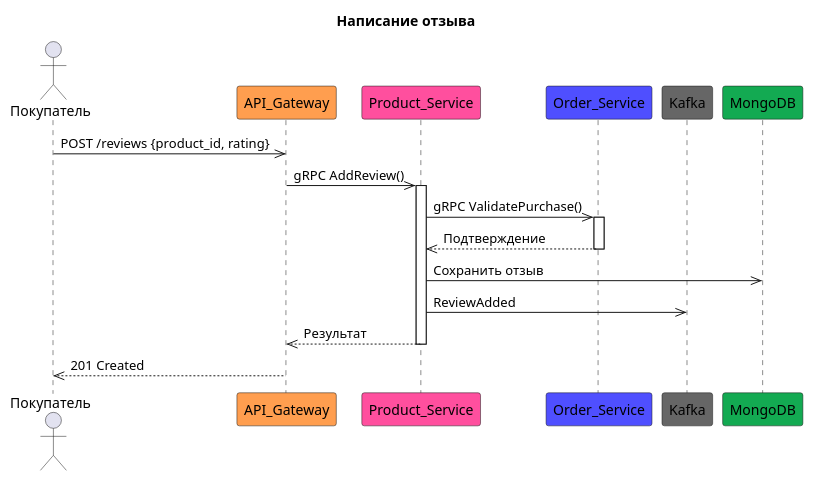
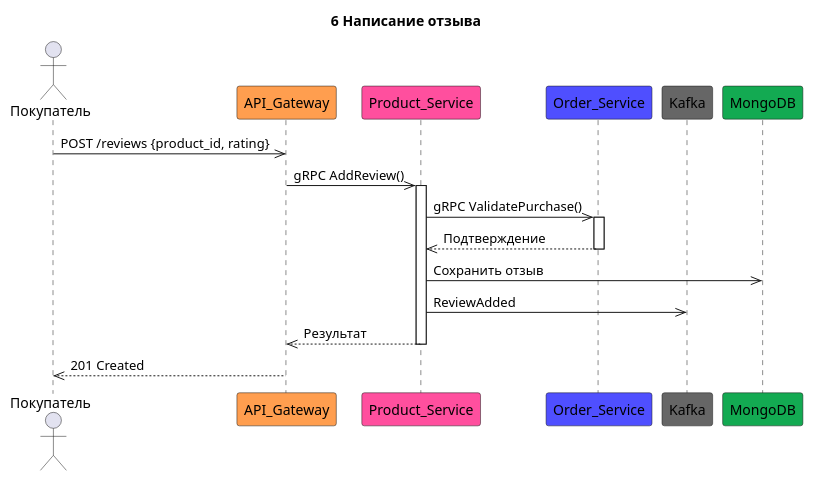
The diagram in sequence/06 Написание отзыва.puml (puld/otus_am_dz2), drawn with PlantUML before and after one commit. The commit also changed 5 other files, not shown here.

Commit message:
добавил диаграммы

```diff
--- a/sequence/06 Написание отзыва.puml
+++ b/sequence/06 Написание отзыва.puml
@@ -1,18 +1,18 @@
 @startuml Написание_отзыва
-title Написание отзыва
+title 6 Написание отзыва
     actor Покупатель
     participant API_Gateway #ff9e4f
     participant Product_Service #ff4f9e
     participant Order_Service #4f4fff
     participant Kafka #666666
     participant MongoDB #13aa52
 
     Покупатель ->> API_Gateway: POST /reviews {product_id, rating}
     API_Gateway ->> Product_Service++: gRPC AddReview()
     Product_Service ->> Order_Service++: gRPC ValidatePurchase()
     Product_Service <<-- Order_Service--: Подтверждение
     Product_Service ->> MongoDB: Сохранить отзыв
     Product_Service ->> Kafka: ReviewAdded
     API_Gateway <<-- Product_Service--: Результат
     API_Gateway -->> Покупатель: 201 Created
 @enduml
```
